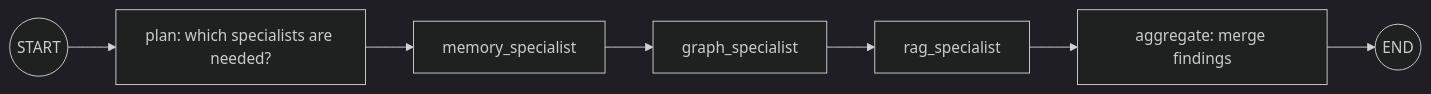
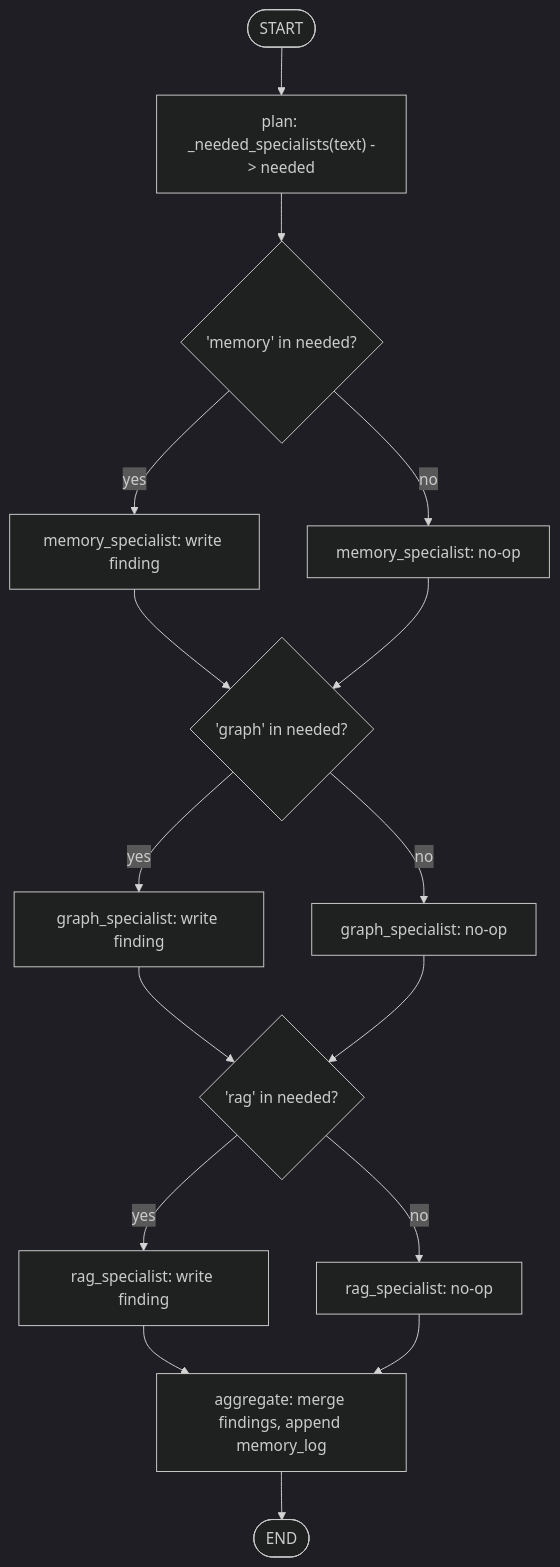
The first of 2 diagrams in src/63_company_brain/README.md (xergioalex/agent-lab), drawn with Mermaid (dark theme) before and after one commit. The commit also changed other lines of this file and 64 other files, not shown here.

First line of the commit message:
docs(docs): premium Mermaid diagram pass on all 64 module READMEs

````diff
--- a/src/63_company_brain/README.md
+++ b/src/63_company_brain/README.md
@@ -48,9 +48,18 @@
 ```mermaid
-graph LR
-    START((START)) --> plan[plan: which specialists are needed?]
-    plan --> mem[memory_specialist]
-    mem --> graphS[graph_specialist]
-    graphS --> rag[rag_specialist]
-    rag --> agg[aggregate: merge findings]
-    agg --> END((END))
+flowchart TD
+    START(["START"]) --> plan["plan: _needed_specialists(text) -> needed"]
+    plan --> mem{"'memory' in needed?"}
+    mem -->|"yes"| memW["memory_specialist: write finding"]
+    mem -->|"no"| memN["memory_specialist: no-op"]
+    memW --> graphS{"'graph' in needed?"}
+    memN --> graphS
+    graphS -->|"yes"| graphW["graph_specialist: write finding"]
+    graphS -->|"no"| graphN["graph_specialist: no-op"]
+    graphW --> rag{"'rag' in needed?"}
+    graphN --> rag
+    rag -->|"yes"| ragW["rag_specialist: write finding"]
+    rag -->|"no"| ragN["rag_specialist: no-op"]
+    ragW --> agg["aggregate: merge findings, append memory_log"]
+    ragN --> agg
+    agg --> END(["END"])
 ```
````
